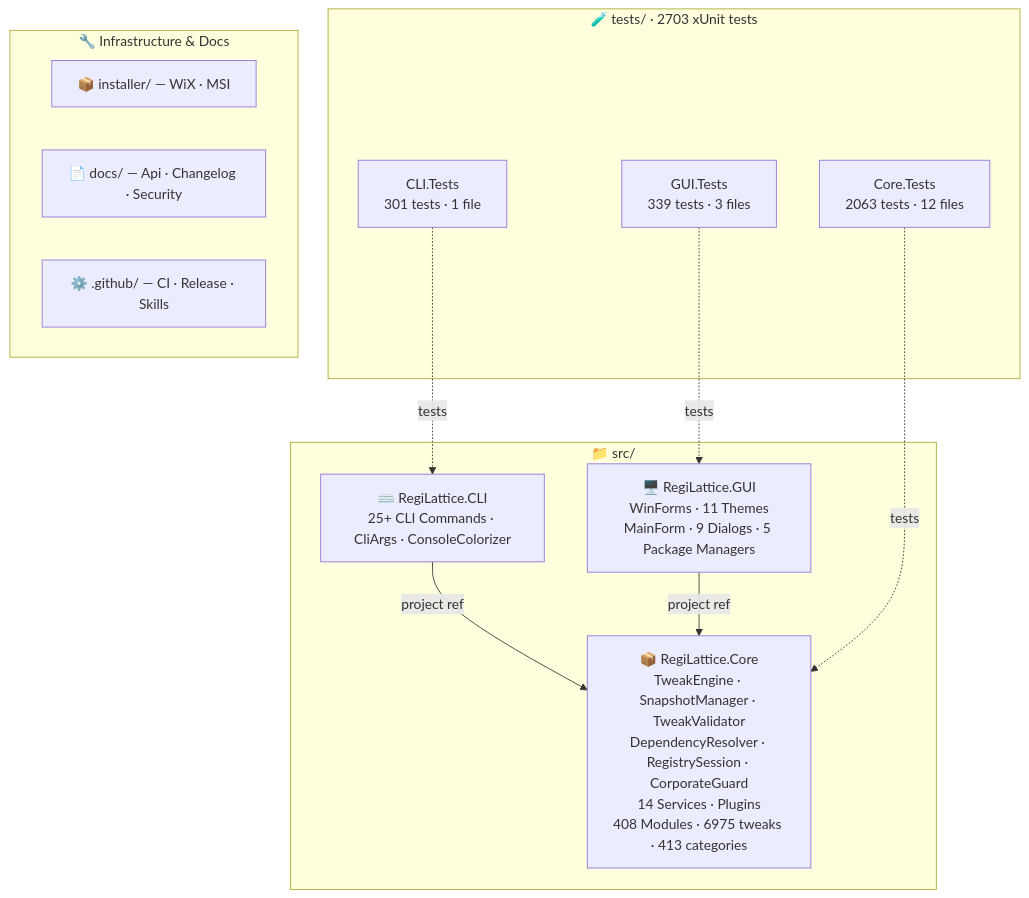
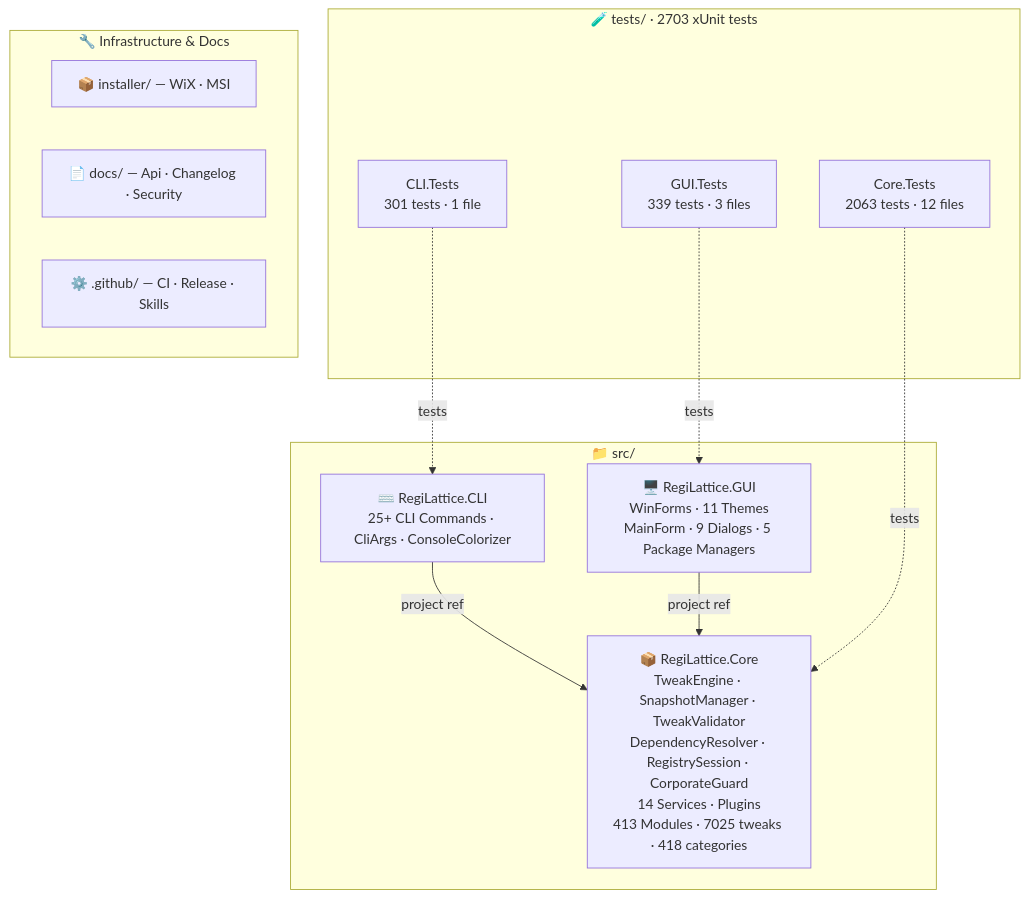
Before and after one commit to RajwanYair/RegiLattice: the second of 2 diagrams in README.md, drawn with Mermaid. The commit also changed other lines of this file and 9 other files, not shown here.

````diff
--- a/README.md
+++ b/README.md
@@ -253,26 +253,26 @@
 ```mermaid
 graph TD
     subgraph SRC["📁 src/"]
-        CORE["📦 RegiLattice.Core<br/>TweakEngine · SnapshotManager · TweakValidator<br/>DependencyResolver · RegistrySession · CorporateGuard<br/>14 Services · Plugins<br/>408 Modules · 6975 tweaks · 413 categories"]
+        CORE["📦 RegiLattice.Core<br/>TweakEngine · SnapshotManager · TweakValidator<br/>DependencyResolver · RegistrySession · CorporateGuard<br/>14 Services · Plugins<br/>413 Modules · 7025 tweaks · 418 categories"]
         GUI["🖥️ RegiLattice.GUI<br/>WinForms · 11 Themes<br/>MainForm · 9 Dialogs · 5 Package Managers"]
         CLI["⌨️ RegiLattice.CLI<br/>25+ CLI Commands · CliArgs · ConsoleColorizer"]
     end
 
     subgraph TST["🧪 tests/  ·  2703 xUnit tests"]
         CT["Core.Tests<br/>2063 tests · 12 files"]
         CLT["CLI.Tests<br/>301 tests · 1 file"]
         GT["GUI.Tests<br/>339 tests · 3 files"]
     end
 
     subgraph INFRA["🔧 Infrastructure & Docs"]
         INST["📦 installer/ — WiX · MSI"]
         DOCS["📄 docs/ — Api · Changelog · Security"]
         GH["⚙️ .github/ — CI · Release · Skills"]
     end
 
     CLI -->|project ref| CORE
     GUI -->|project ref| CORE
     CT -.->|tests| CORE
     CLT -.->|tests| CLI
     GT -.->|tests| GUI
 ```
````
